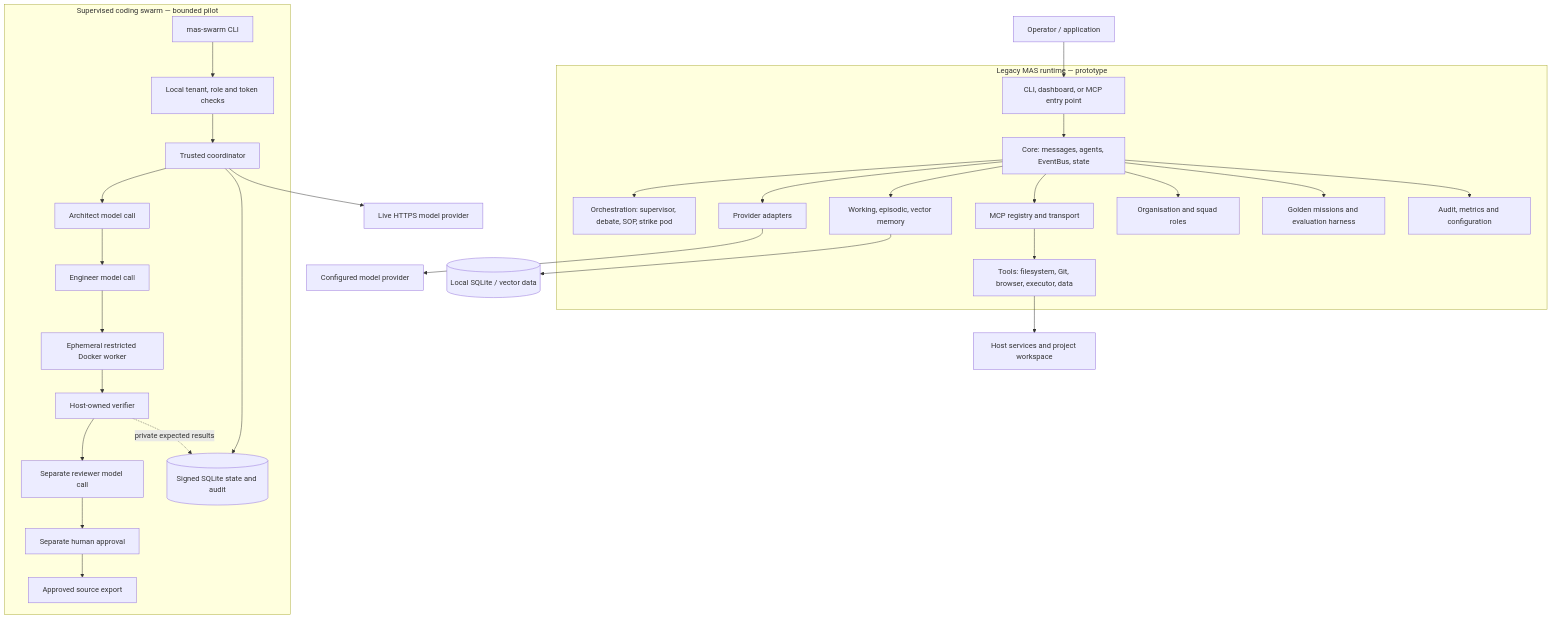
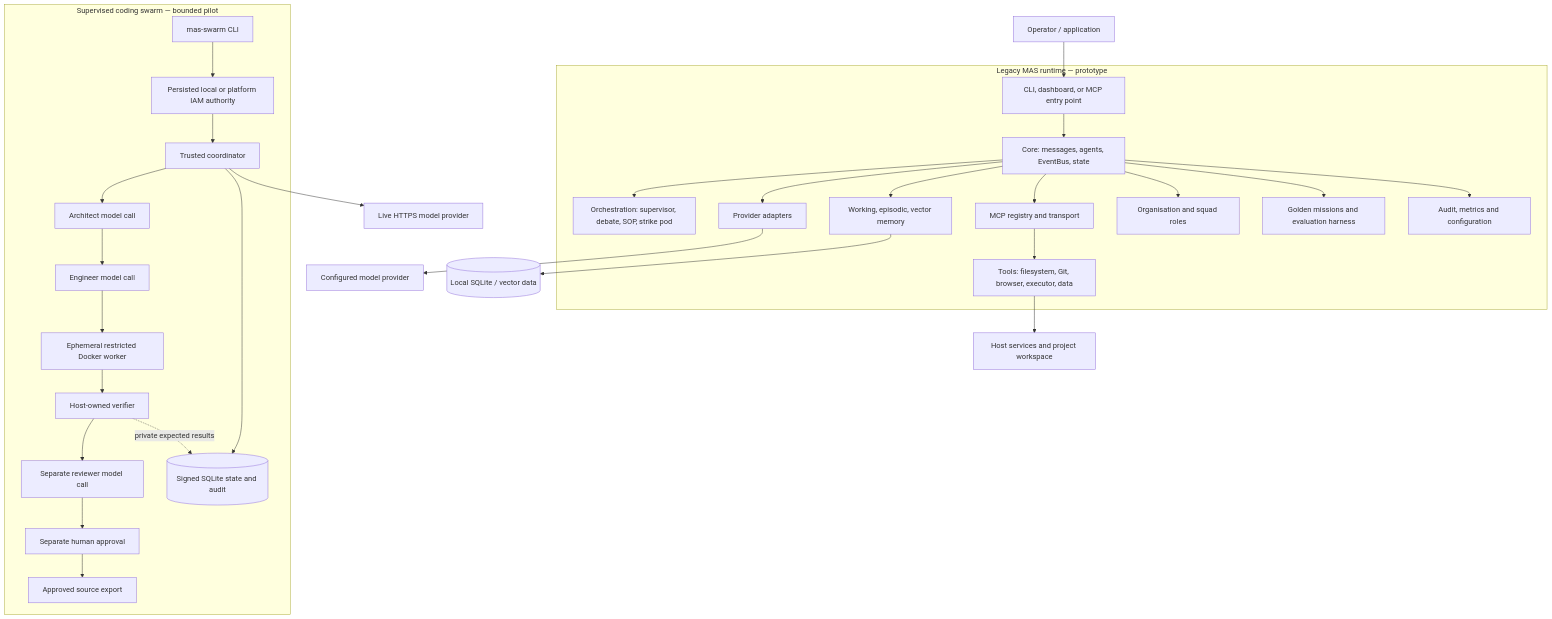
Before and after one commit to mphoMas/Acinonyx: the diagram in docs/architecture/MAS_ARCHITECTURE.md, drawn with Mermaid. The commit also changed other lines of this file and 15 other files, not shown here.

Commit message:
Share durable platform IAM authority with the supervised swarm

````diff
--- a/docs/architecture/MAS_ARCHITECTURE.md
+++ b/docs/architecture/MAS_ARCHITECTURE.md
@@ -8,36 +8,36 @@
 ```mermaid
 flowchart TB
     User[Operator / application] --> Entry[CLI, dashboard, or MCP entry point]
 
     subgraph Legacy[Legacy MAS runtime — prototype]
         Entry --> Core[Core: messages, agents, EventBus, state]
         Core --> Orch[Orchestration: supervisor, debate, SOP, strike pod]
         Core --> Provider[Provider adapters]
         Core --> Memory[Working, episodic, vector memory]
         Core --> MCP[MCP registry and transport]
         MCP --> Tools[Tools: filesystem, Git, browser, executor, data]
         Core --> Org[Organisation and squad roles]
         Core --> Eval[Golden missions and evaluation harness]
         Core --> Obs[Audit, metrics and configuration]
     end
 
     Provider --> LLM[Configured model provider]
     Memory --> Store[(Local SQLite / vector data)]
     Tools --> Host[Host services and project workspace]
 
     subgraph Swarm[Supervised coding swarm — bounded pilot]
-        SCLI[mas-swarm CLI] --> Auth[Local tenant, role and token checks]
+        SCLI[mas-swarm CLI] --> Auth[Persisted local or platform IAM authority]
         Auth --> Coord[Trusted coordinator]
         Coord --> Architect[Architect model call]
         Architect --> Engineer[Engineer model call]
         Engineer --> Worker[Ephemeral restricted Docker worker]
         Worker --> Verify[Host-owned verifier]
         Verify --> Reviewer[Separate reviewer model call]
         Reviewer --> Gate[Separate human approval]
         Gate --> Export[Approved source export]
         Coord --> State[(Signed SQLite state and audit)]
     end
 
     Coord --> LiveLLM[Live HTTPS model provider]
     Verify -. private expected results .-> State
 ```
````
